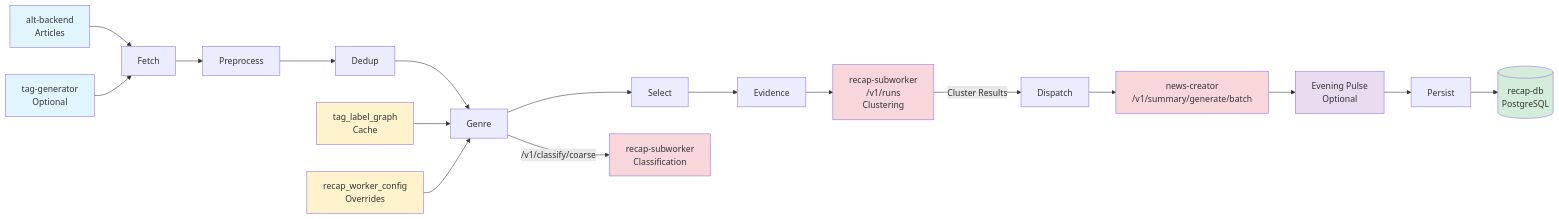
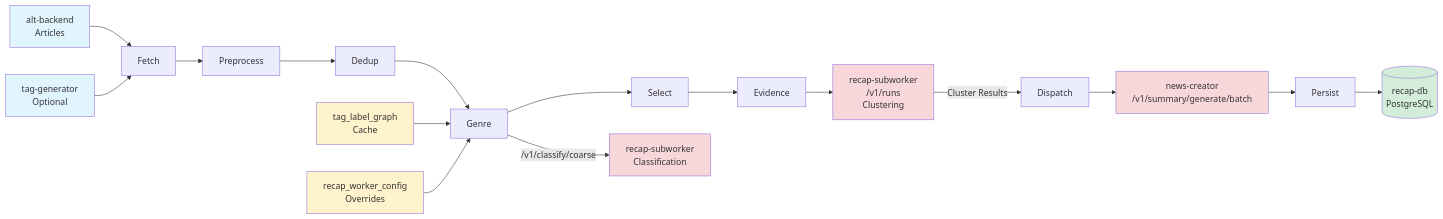
The second of 2 diagrams in docs/services/recap-worker.md (Kaikei-e/Alt), drawn with Mermaid before and after one commit. The commit also changed other lines of this file and 1 other file, not shown here.

Commit message:
docs(recap): describe theme pages and drop the Evening Pulse and 7-day recap sections

````diff
--- a/docs/services/recap-worker.md
+++ b/docs/services/recap-worker.md
@@ -273,37 +266,35 @@
 ```mermaid
 flowchart LR
     AltBackend[alt-backend<br/>Articles] --> Fetch[Fetch]
     TagGen[tag-generator<br/>Optional] --> Fetch
 
     Fetch --> Preprocess[Preprocess]
     Preprocess --> Dedup[Dedup]
     Dedup --> Genre[Genre]
 
     Genre --> Select[Select]
     Select --> Evidence[Evidence]
 
     Evidence --> SubCluster[recap-subworker<br/>/v1/runs<br/>Clustering]
 
     Genre -- /v1/classify/coarse --> SubClassify[recap-subworker<br/>Classification]
 
     SubCluster -- Cluster Results --> Dispatch[Dispatch]
     Dispatch --> NewsCreator[news-creator<br/>/v1/summary/generate/batch]
 
-    NewsCreator --> Pulse[Evening Pulse<br/>Optional]
-    Pulse --> Persist[Persist]
+    NewsCreator --> Persist[Persist]
 
     Persist --> RecapDB[(recap-db<br/>PostgreSQL)]
 
     GraphCache[tag_label_graph<br/>Cache] --> Genre
     Config[recap_worker_config<br/>Overrides] --> Genre
 
     style AltBackend fill:#e1f5ff
     style TagGen fill:#e1f5ff
     style SubCluster fill:#f8d7da
     style SubClassify fill:#f8d7da
     style NewsCreator fill:#f8d7da
     style RecapDB fill:#d4edda
     style GraphCache fill:#fff3cd
     style Config fill:#fff3cd
-    style Pulse fill:#e8daef
 ```
````
